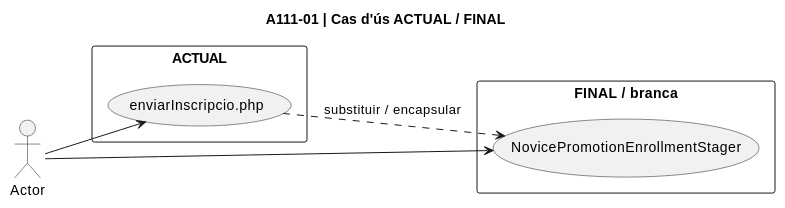
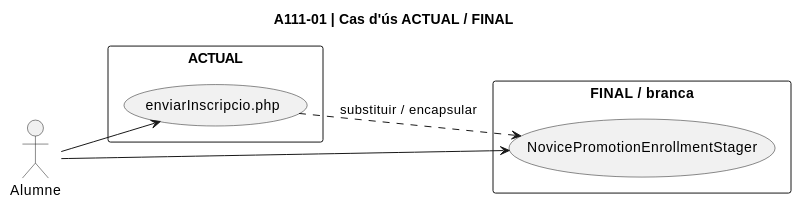
One commit to orgmeriemprismacat-del/verifactu changed the first of 48 diagrams in documentacio/07-uml-integrat/uc-111-diagrames-per-accio.md. Above: the diagram before and after it, drawn with PlantUML. The commit also changed other lines of this file, not shown here.

Commit message:
fix docs UC-111: restore explicit actor declarations in all 12 per-action use-case diagrams

````diff
--- a/documentacio/07-uml-integrat/uc-111-diagrames-per-accio.md
+++ b/documentacio/07-uml-integrat/uc-111-diagrames-per-accio.md
@@ -13,15 +13,16 @@
 ```plantuml
 @startuml
 title A111-01 | Cas d'ús ACTUAL / FINAL
 left to right direction
+actor "Alumne" as Actor
 rectangle "ACTUAL" {
   usecase "enviarInscripcio.php" as Current
 }
 rectangle "FINAL / branca" {
   usecase "NovicePromotionEnrollmentStager" as Target
 }
 Actor --> Current
 Actor --> Target
 Current ..> Target : substituir / encapsular
 @enduml
 ```
````
